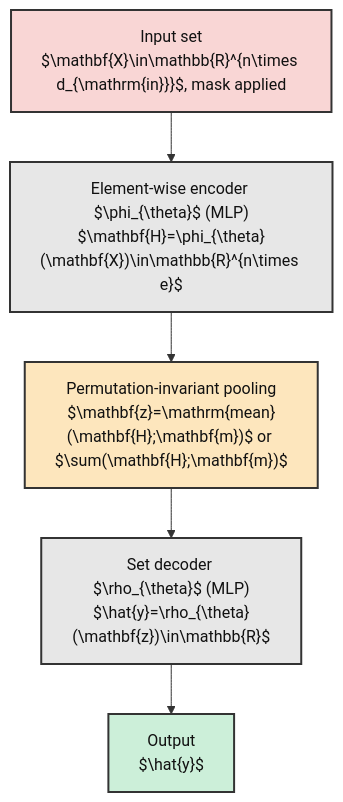
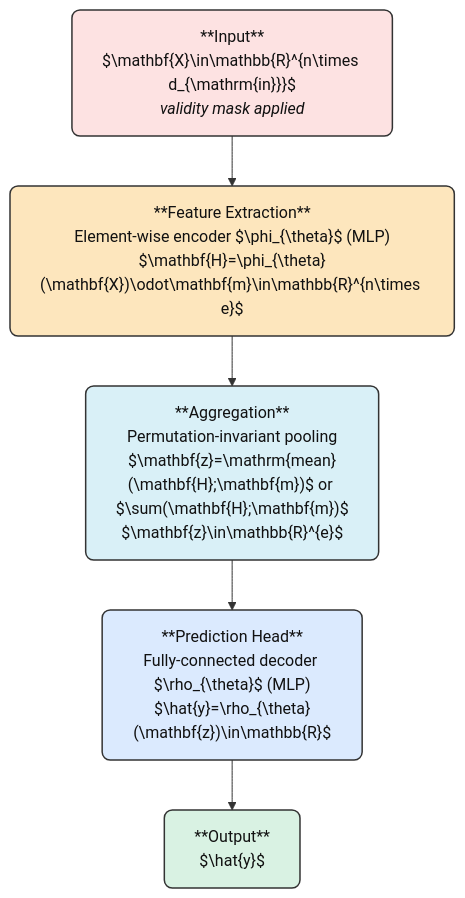
The second of 3 diagrams in README.md (fengshun124/NBODY6-machine-learning), drawn with Mermaid before and after one commit. The commit also changed other lines of this file and 2 other files, not shown here.

````diff
--- a/README.md
+++ b/README.md
@@ -185,18 +190,19 @@
 ```mermaid
 flowchart TB
-    A["Input set<br/>$\mathbf{X}\in\mathbb{R}^{n\times d_{\mathrm{in}}}$, mask applied"] --> B["Element-wise encoder $\phi_{\theta}$ (MLP)<br/>$\mathbf{H}=\phi_{\theta}(\mathbf{X})\in\mathbb{R}^{n\times e}$"]
-    B --> C["Permutation-invariant pooling<br/>$\mathbf{z}=\mathrm{mean}(\mathbf{H};\mathbf{m})$ or $\sum(\mathbf{H};\mathbf{m})$"]
-    C --> D["Set decoder $\rho_{\theta}$ (MLP)<br/>$\hat{y}=\rho_{\theta}(\mathbf{z})\in\mathbb{R}$"]
-    D --> E["Output<br/>$\hat{y}$"]
+    A["**Input**<br/>$\mathbf{X}\in\mathbb{R}^{n\times d_{\mathrm{in}}}$<br/><i>validity mask applied</i>"] --> B["**Feature Extraction**<br/>Element-wise encoder $\phi_{\theta}$ (MLP)<br/>$\mathbf{H}=\phi_{\theta}(\mathbf{X})\odot\mathbf{m}\in\mathbb{R}^{n\times e}$"]
+    B --> C["**Aggregation**<br/>Permutation-invariant pooling<br/>$\mathbf{z}=\mathrm{mean}(\mathbf{H};\mathbf{m})$ or $\sum(\mathbf{H};\mathbf{m})$<br/>$\mathbf{z}\in\mathbb{R}^{e}$"]
+    C --> D["**Prediction Head**<br/>Fully-connected decoder $\rho_{\theta}$ (MLP)<br/>$\hat{y}=\rho_{\theta}(\mathbf{z})\in\mathbb{R}$"]
+    D --> E["**Output**<br/>$\hat{y}$"]
 
-    classDef input fill:#f9d6d5,stroke:#333,stroke-width:2px,color:#111;
-    classDef process fill:#e7e7e7,stroke:#333,stroke-width:2px,color:#111;
-    classDef intrinsic fill:#fde6bd,stroke:#333,stroke-width:2px,color:#111;
-    classDef output fill:#ccefd9,stroke:#333,stroke-width:2px,color:#111;
+    classDef input fill:#fde2e2,stroke:#333,stroke-width:1.5px,color:#111,rx:8,ry:8;
+    classDef feature fill:#fde6bd,stroke:#333,stroke-width:1.5px,color:#111,rx:8,ry:8;
+    classDef aggregate fill:#d9f0f7,stroke:#333,stroke-width:1.5px,color:#111,rx:8,ry:8;
+    classDef head fill:#dbeafe,stroke:#333,stroke-width:1.5px,color:#111,rx:8,ry:8;
+    classDef output fill:#d9f2e3,stroke:#333,stroke-width:1.5px,color:#111,rx:8,ry:8;
 
     class A input;
-    class B process;
-    class C intrinsic;
-    class D process;
+    class B feature;
+    class C aggregate;
+    class D head;
     class E output;
 ```
````
